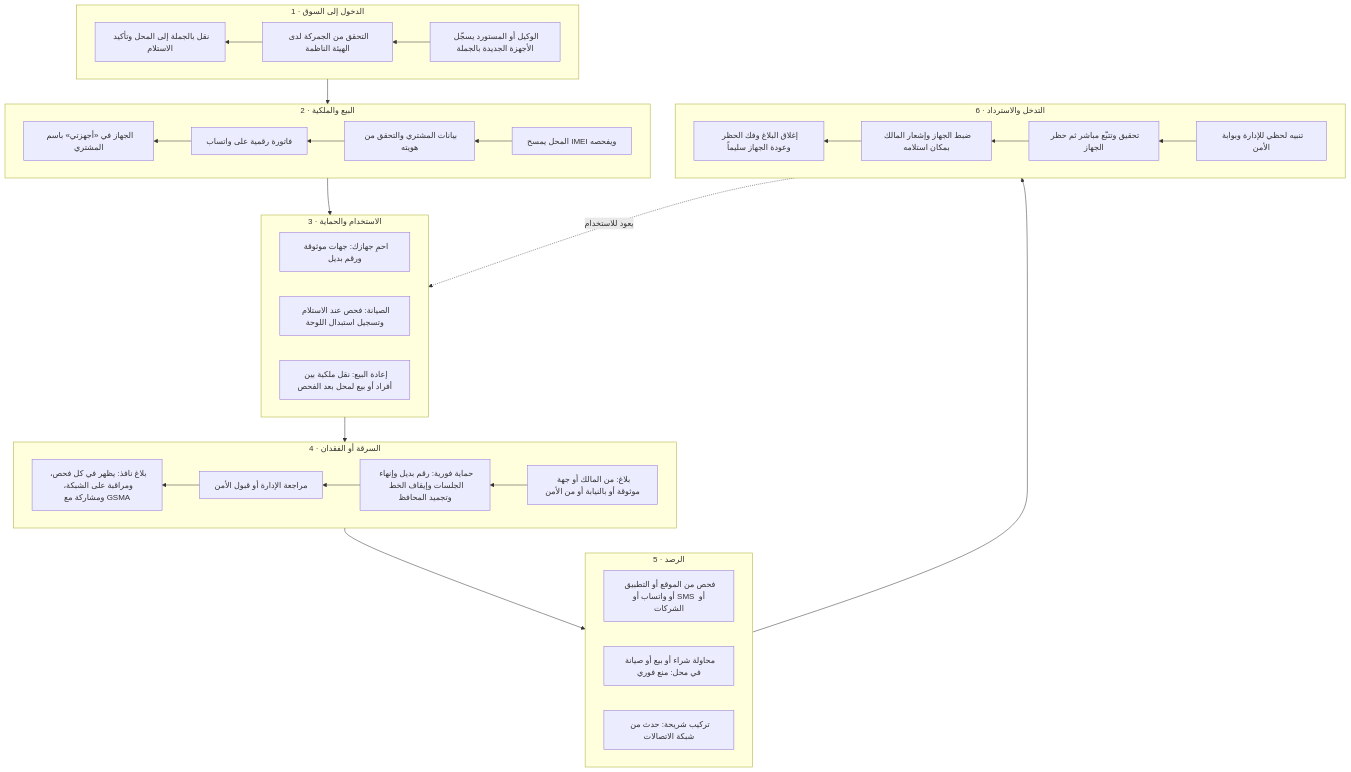
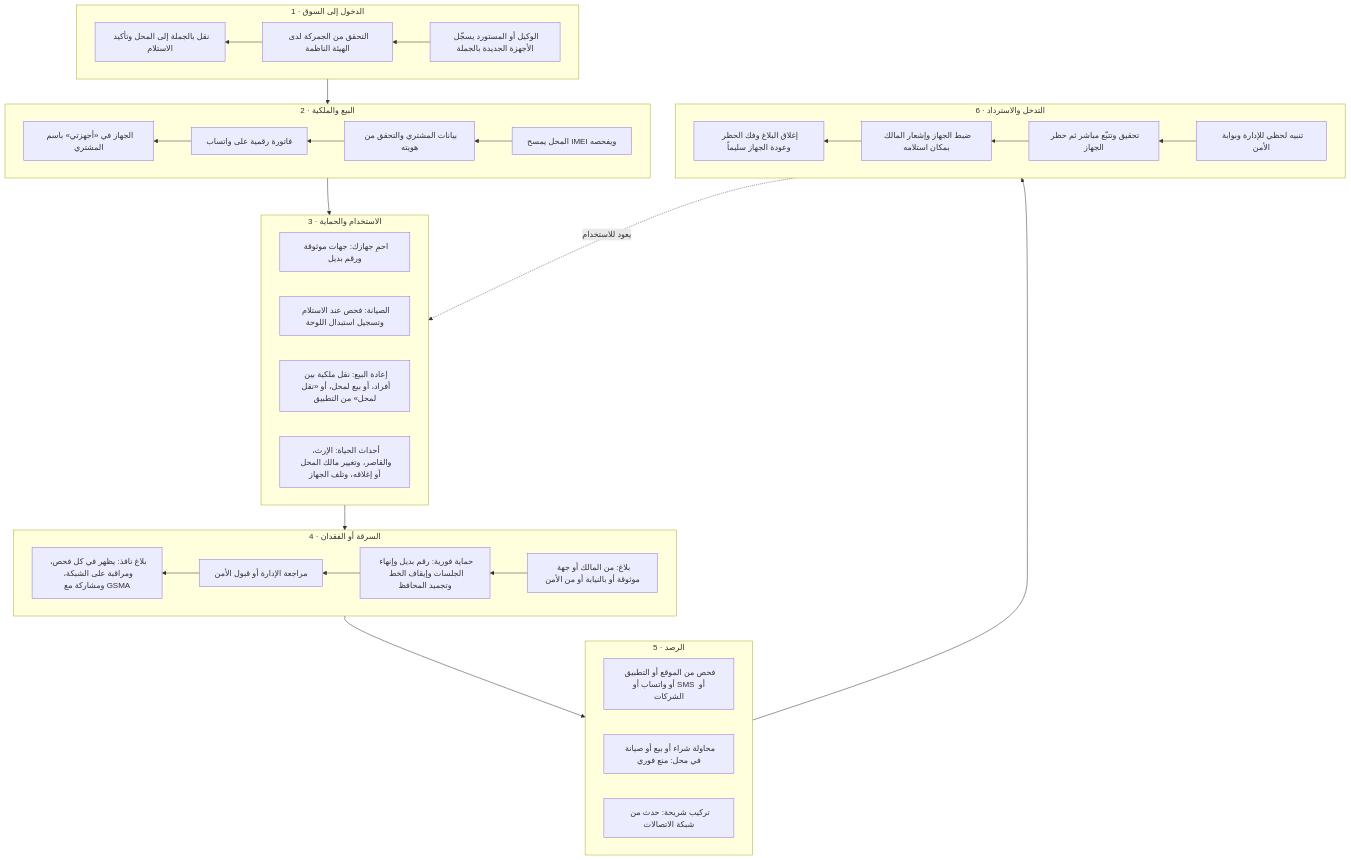
The first of 11 diagrams in docs/14-operational-lifecycle.md (servacode/imei), drawn with Mermaid before and after one commit. The commit also changed other lines of this file and 5 other files, not shown here.

````diff
--- a/docs/14-operational-lifecycle.md
+++ b/docs/14-operational-lifecycle.md
@@ -13,40 +13,41 @@
 ```mermaid
 flowchart TB
     subgraph P1 ["1 · الدخول إلى السوق"]
         direction RL
         A1["الوكيل أو المستورد يسجّل الأجهزة الجديدة بالجملة"] --> A2["التحقق من الجمركة لدى الهيئة الناظمة"]
         A2 --> A3["نقل بالجملة إلى المحل وتأكيد الاستلام"]
     end
     subgraph P2 ["2 · البيع والملكية"]
         direction RL
         B1["المحل يمسح IMEI ويفحصه"] --> B2["بيانات المشتري والتحقق من هويته"]
         B2 --> B3["فاتورة رقمية على واتساب"]
         B3 --> B4["الجهاز في «أجهزتي» باسم المشتري"]
     end
     subgraph P3 ["3 · الاستخدام والحماية"]
         direction RL
         C1["احمِ جهازك: جهات موثوقة ورقم بديل"]
         C2["الصيانة: فحص عند الاستلام وتسجيل استبدال اللوحة"]
-        C3["إعادة البيع: نقل ملكية بين أفراد أو بيع لمحل بعد الفحص"]
+        C3["إعادة البيع: نقل ملكية بين أفراد، أو بيع لمحل، أو «نقل لمحل» من التطبيق"]
+        C4["أحداث الحياة: الإرث، والقاصر، وتغيير مالك المحل أو إغلاقه، وتلف الجهاز"]
     end
     subgraph P4 ["4 · السرقة أو الفقدان"]
         direction RL
         D1["بلاغ: من المالك أو جهة موثوقة أو بالنيابة أو من الأمن"] --> D2["حماية فورية: رقم بديل وإنهاء الجلسات وإيقاف الخط وتجميد المحافظ"]
         D2 --> D3["مراجعة الإدارة أو قبول الأمن"]
         D3 --> D4["بلاغ نافذ: يظهر في كل فحص، ومراقبة على الشبكة، ومشاركة مع GSMA"]
     end
     subgraph P5 ["5 · الرصد"]
         direction RL
         E1["فحص من الموقع أو التطبيق أو واتساب أو SMS أو الشركات"]
         E2["محاولة شراء أو بيع أو صيانة في محل: منع فوري"]
         E3["تركيب شريحة: حدث من شبكة الاتصالات"]
     end
     subgraph P6 ["6 · التدخل والاسترداد"]
         direction RL
         F1["تنبيه لحظي للإدارة وبوابة الأمن"] --> F2["تحقيق وتتبّع مباشر ثم حظر الجهاز"]
         F2 --> F3["ضبط الجهاز وإشعار المالك بمكان استلامه"]
         F3 --> F4["إغلاق البلاغ وفك الحظر وعودة الجهاز سليماً"]
     end
     P1 --> P2 --> P3 --> P4 --> P5 --> P6
     F4 -. "يعود للاستخدام" .-> P3
 ```
````
